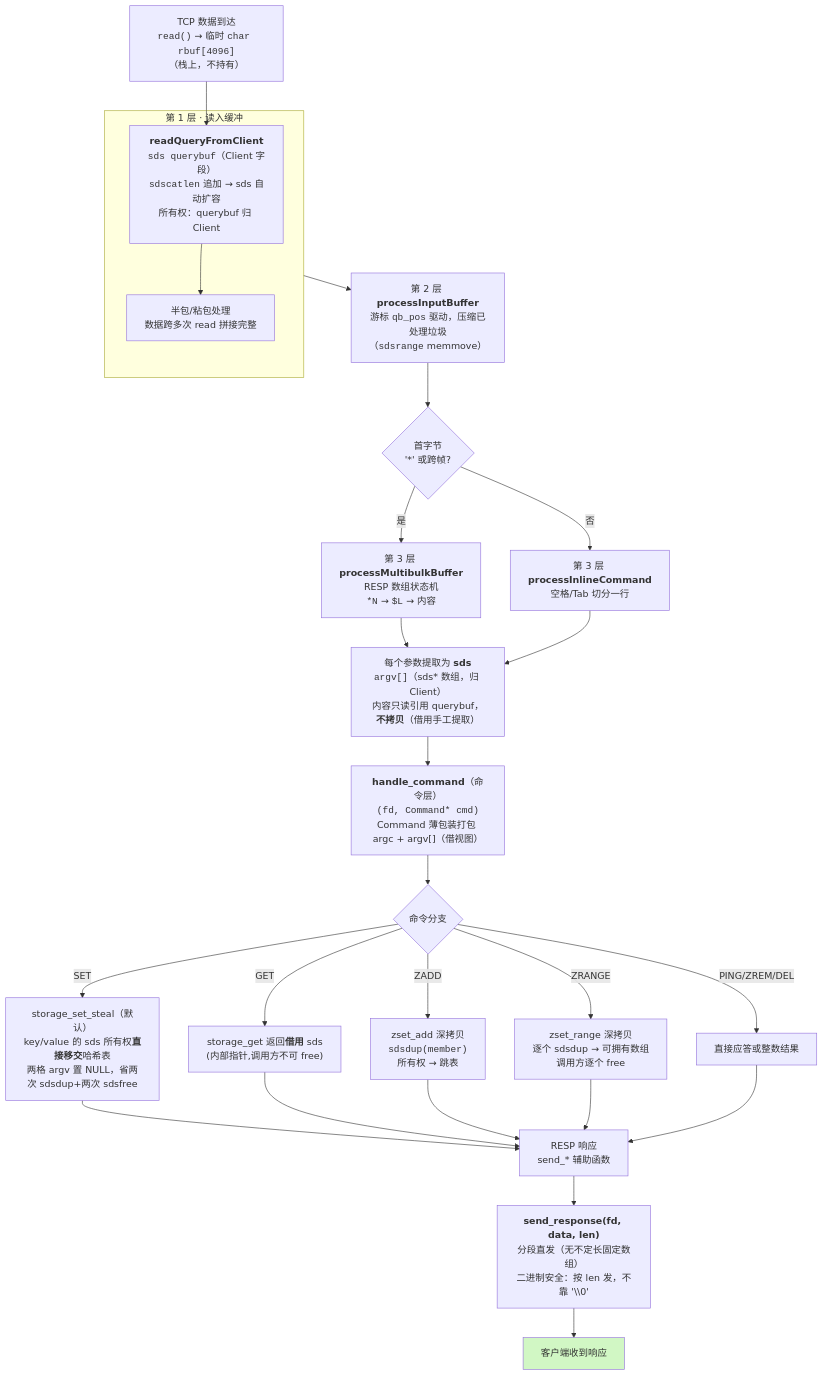
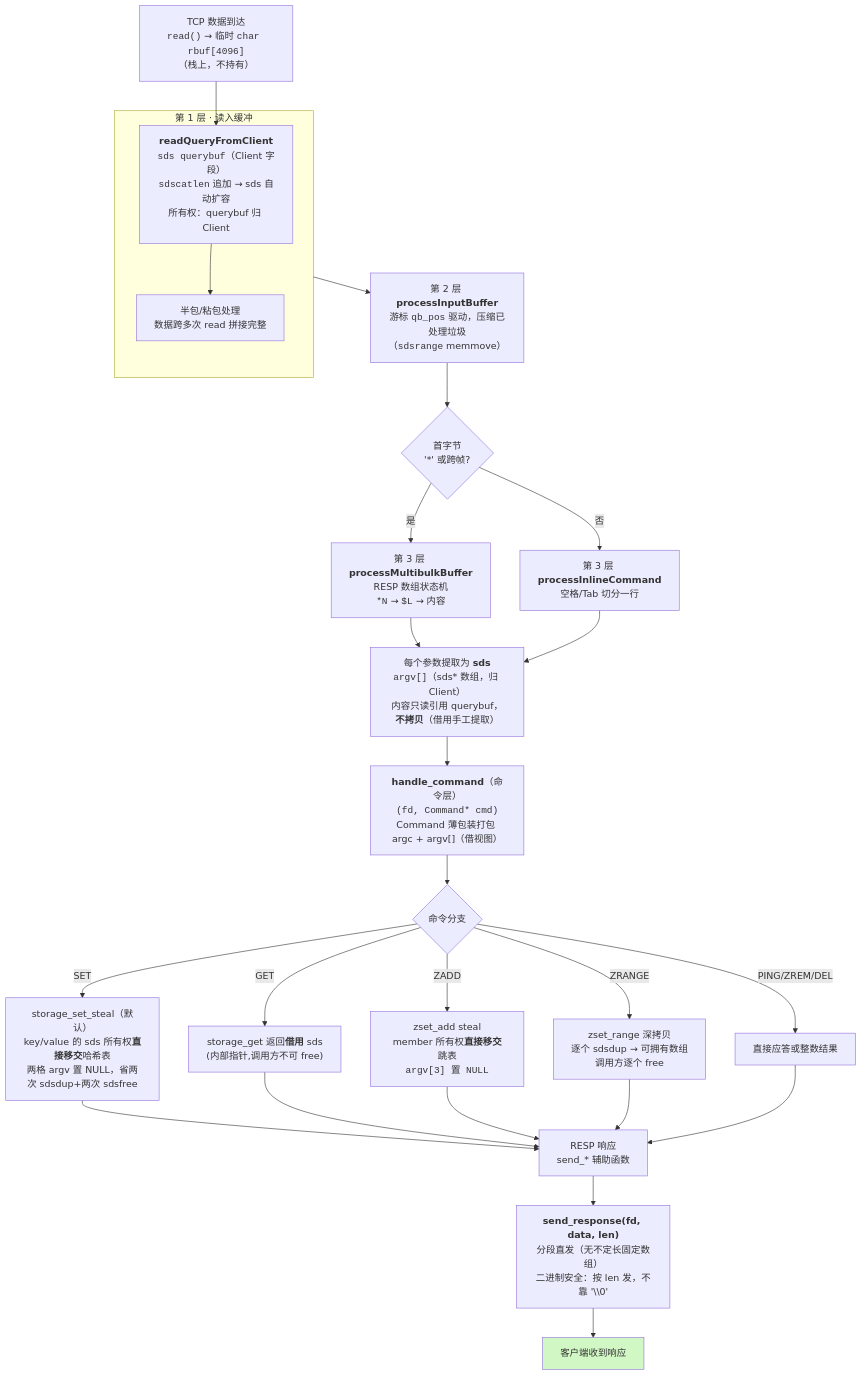
Before and after one commit to huangguodong234/mini-redis: the diagram in README.md, drawn with Mermaid. The commit also changed other lines of this file and 5 other files, not shown here.

Commit message:
删死代码 storage_set; zset_add 改为 steal(去 sdsdup): 直接接管 member + ZADD 置 argv[3]=NULL, 与哈希对齐, ASAN/LSan 零泄漏

````diff
--- a/README.md
+++ b/README.md
@@ -117,40 +117,40 @@
 ```mermaid
 flowchart TD
     A["TCP 数据到达<br/><code>read()</code> → 临时 <code>char rbuf[4096]</code><br/>（栈上，不持有）"] 
     --> B
 
     subgraph L1["第 1 层 · 读入缓冲"]
         B["<b>readQueryFromClient</b><br/><code>sds querybuf</code>（Client 字段）<br/><code>sdscatlen</code> 追加 → sds 自动扩容<br/>所有权：querybuf 归 Client"]
         B --> B1["半包/粘包处理<br/>数据跨多次 read 拼接完整"]
     end
 
     L1 --> L2["第 2 层 <b>processInputBuffer</b><br/>游标 <code>qb_pos</code> 驱动，压缩已处理垃圾<br/>（<code>sdsrange</code> memmove）"]
 
     L2 --> M{首字节<br/>'*' 或跨帧?}
     M -- "是" --> L3a["第 3 层 <b>processMultibulkBuffer</b><br/>RESP 数组状态机<br/><code>*N</code> → <code>$L</code> → 内容"]
     M -- "否" --> L3b["第 3 层 <b>processInlineCommand</b><br/>空格/Tab 切分一行"]
 
     L3a --> P["每个参数提取为 <b>sds</b><br/><code>argv[]</code>（sds* 数组，归 Client）<br/>内容只读引用 querybuf，<b>不拷贝</b>（借用手工提取）"]
     L3b --> P
 
     P --> C["<b>handle_command</b>（命令层）<br/><code>(fd, Command* cmd)</code><br/>Command 薄包装打包 argc + argv[]（借视图）"]
 
     C --> D{"命令分支"}
 
     D -- "SET" --> S1["storage_set_steal（默认）<br/>key/value 的 sds 所有权<b>直接移交</b>哈希表<br/>两格 argv 置 NULL，省两次 sdsdup+两次 sdsfree"]
     D -- "GET" --> G1["storage_get 返回<b>借用</b> sds<br/>(内部指针,调用方不可 free)"]
-    D -- "ZADD" --> Z1["zset_add 深拷贝<br/><code>sdsdup(member)</code><br/>所有权 → 跳表"]
+    D -- "ZADD" --> Z1["zset_add steal<br/>member 所有权<b>直接移交</b>跳表<br/><code>argv[3] 置 NULL</code>"]
     D -- "ZRANGE" --> Z2["zset_range 深拷贝<br/>逐个 sdsdup → 可拥有数组<br/>调用方逐个 free"]
     D -- "PING/ZREM/DEL" --> O1["直接应答或整数结果"]
 
     S1 --> R["RESP 响应<br/>send_* 辅助函数"]
     G1 --> R
     Z1 --> R
     Z2 --> R
     O1 --> R
 
     R --> S["<b>send_response(fd, data, len)</b><br/>分段直发（无不定长固定数组）<br/>二进制安全：按 len 发，不靠 '\\0'"]
     S --> E["客户端收到响应"]
 
     style E fill:#d1f7c4
 ```
````
